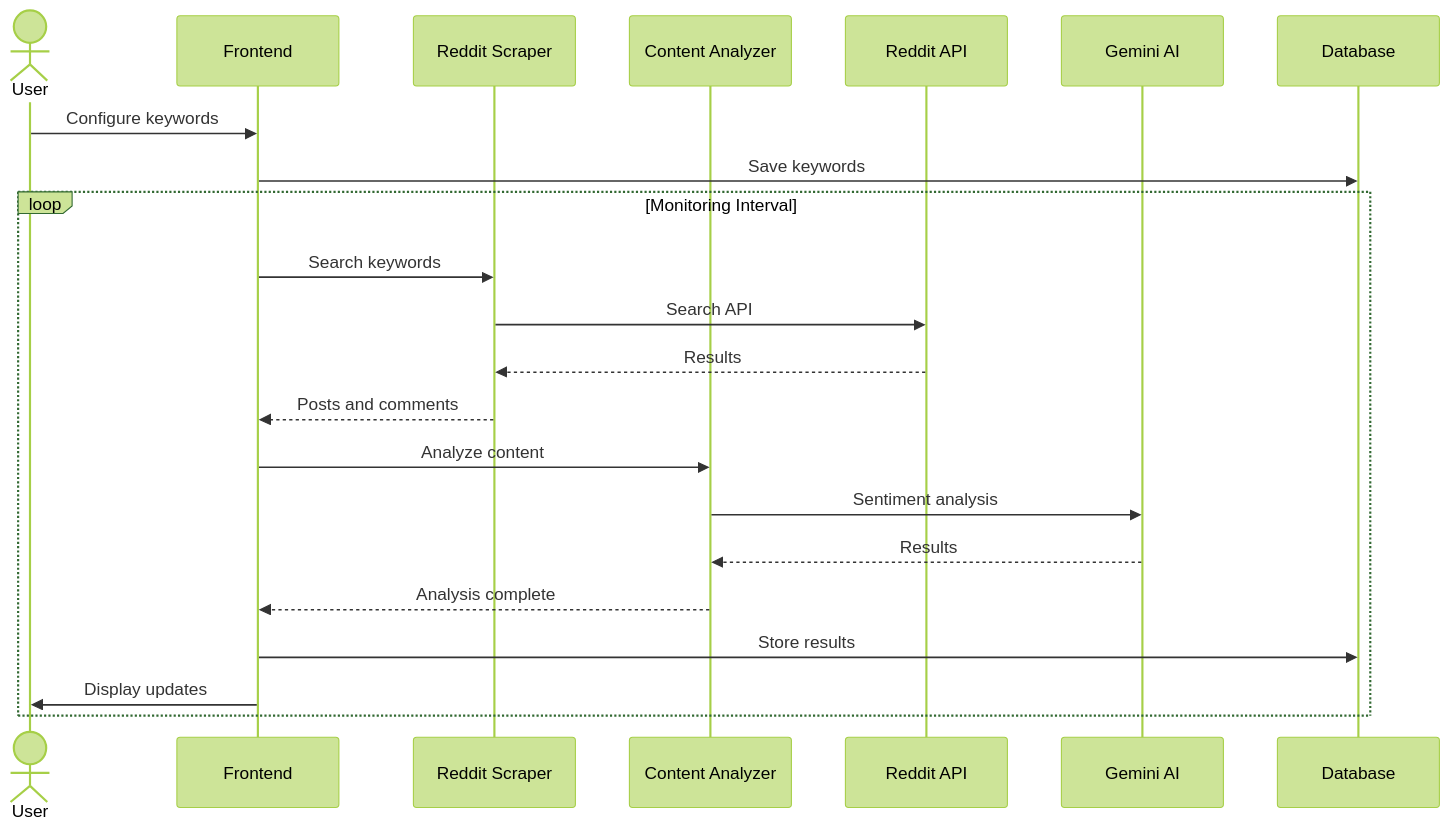
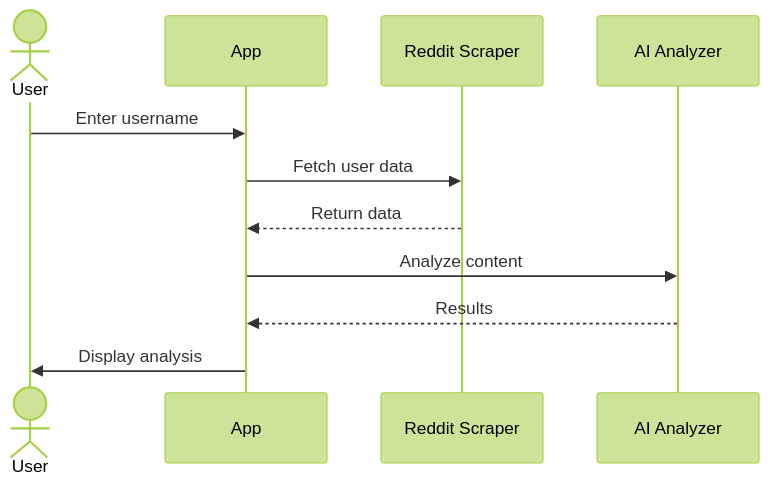
The first of 3 diagrams in diagrams/sequence-diagram.md (Andy-Alferdo/reddit-sleuth-forensics-web), drawn with Mermaid (forest theme) before and after one commit. The commit also changed other lines of this file and 4 other files, not shown here.

````diff
--- a/diagrams/sequence-diagram.md
+++ b/diagrams/sequence-diagram.md
@@ -42,28 +5,14 @@
 ```mermaid
 sequenceDiagram
     actor User
-    participant Frontend
+    participant App
     participant Scraper as Reddit Scraper
-    participant Analyzer as Content Analyzer
-    participant Reddit as Reddit API
-    participant AI as Gemini AI
-    participant DB as Database
+    participant Analyzer as AI Analyzer
     
-    User->>Frontend: Configure keywords
-    Frontend->>DB: Save keywords
-    
-    loop Monitoring Interval
-        Frontend->>Scraper: Search keywords
-        Scraper->>Reddit: Search API
-        Reddit-->>Scraper: Results
-        Scraper-->>Frontend: Posts and comments
-        
-        Frontend->>Analyzer: Analyze content
-        Analyzer->>AI: Sentiment analysis
-        AI-->>Analyzer: Results
-        Analyzer-->>Frontend: Analysis complete
-        
-        Frontend->>DB: Store results
-        Frontend->>User: Display updates
-    end
+    User->>App: Enter username
+    App->>Scraper: Fetch user data
+    Scraper-->>App: Return data
+    App->>Analyzer: Analyze content
+    Analyzer-->>App: Results
+    App->>User: Display analysis
 ```
````
